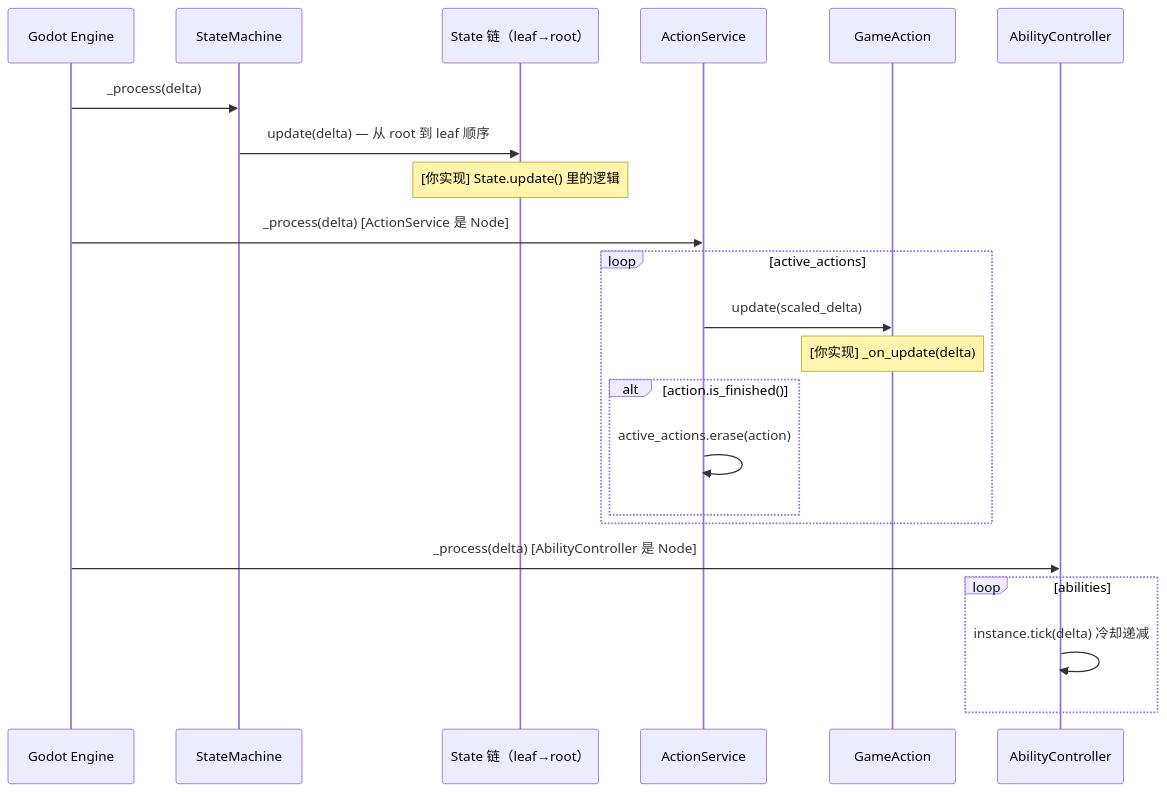
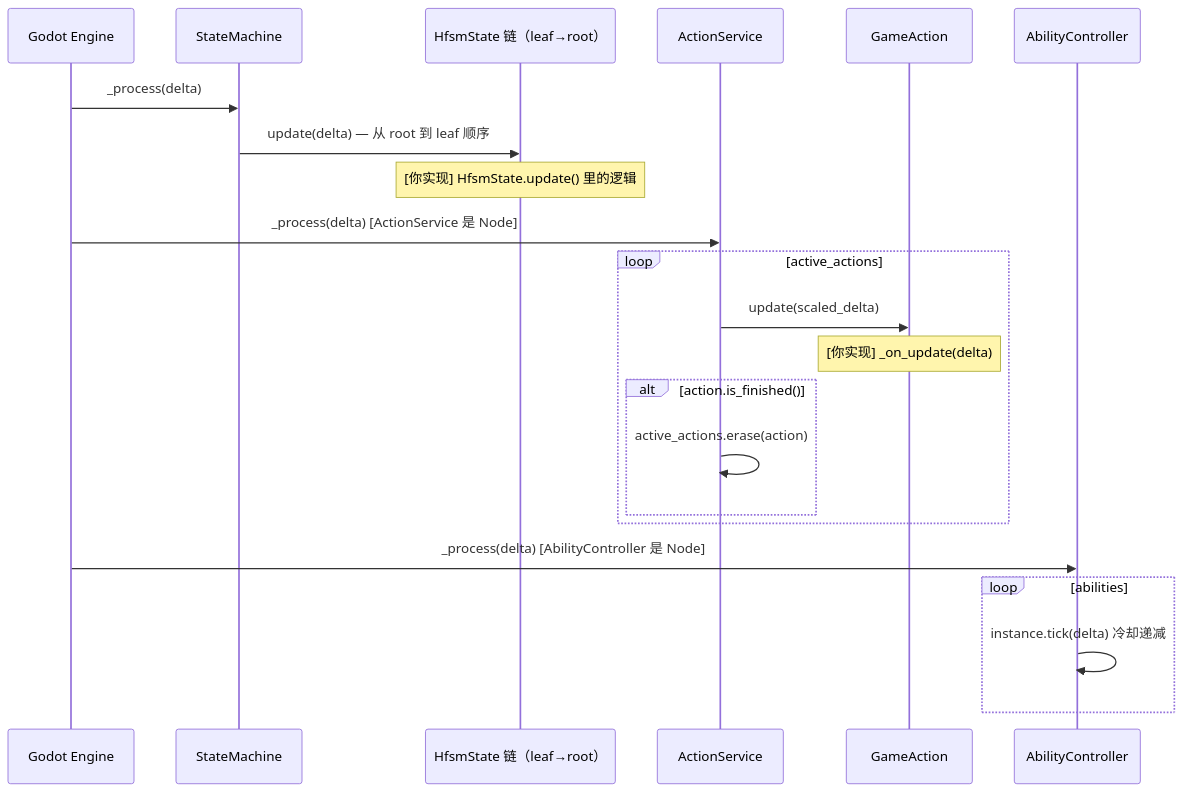
Before and after one commit to xiaofeiqiu/mkit: the second of 20 diagrams in docs/pipeline.md, drawn with Mermaid. The commit also changed other lines of this file and 57 other files, not shown here.

````diff
--- a/docs/pipeline.md
+++ b/docs/pipeline.md
@@ -98,25 +98,25 @@
 ```mermaid
 sequenceDiagram
     participant Godot as Godot Engine
     participant SM as StateMachine
-    participant Chain as State 链（leaf→root）
+    participant Chain as HfsmState 链（leaf→root）
     participant AS as ActionService
     participant GA as GameAction
     participant AC as AbilityController
 
     Godot->>SM: _process(delta)
     SM->>Chain: update(delta) — 从 root 到 leaf 顺序
-    Note over Chain: [你实现] State.update() 里的逻辑
+    Note over Chain: [你实现] HfsmState.update() 里的逻辑
     Godot->>AS: _process(delta)  [ActionService 是 Node]
     loop active_actions
         AS->>GA: update(scaled_delta)
         Note over GA: [你实现] _on_update(delta)
         alt action.is_finished()
             AS->>AS: active_actions.erase(action)
         end
     end
     Godot->>AC: _process(delta)  [AbilityController 是 Node]
     loop abilities
         AC->>AC: instance.tick(delta)  冷却递减
     end
 ```
````
